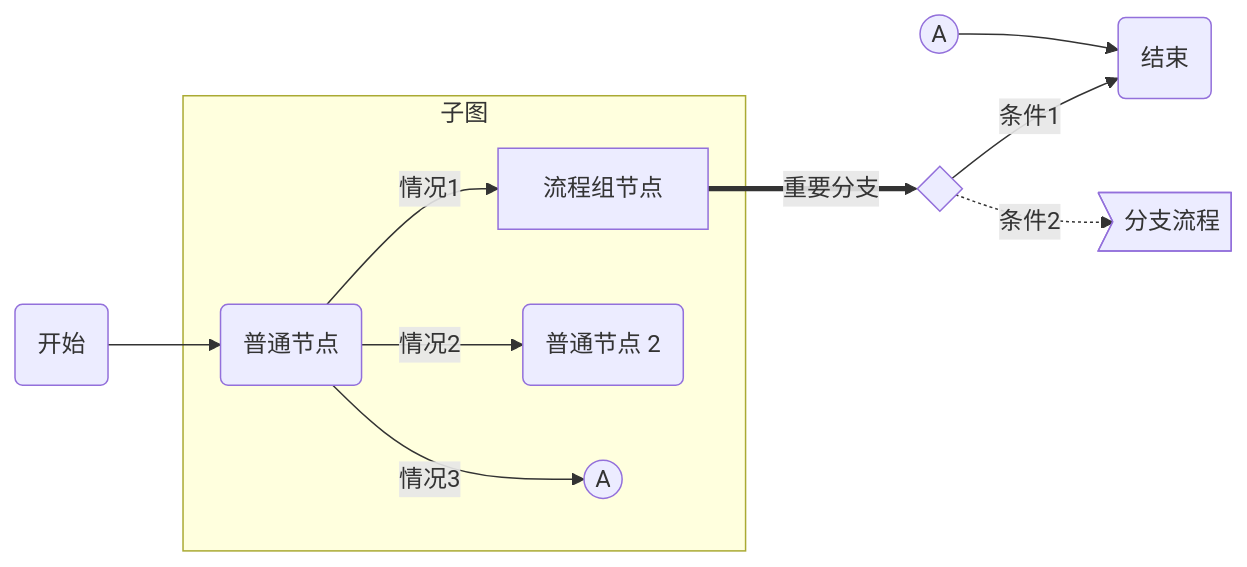
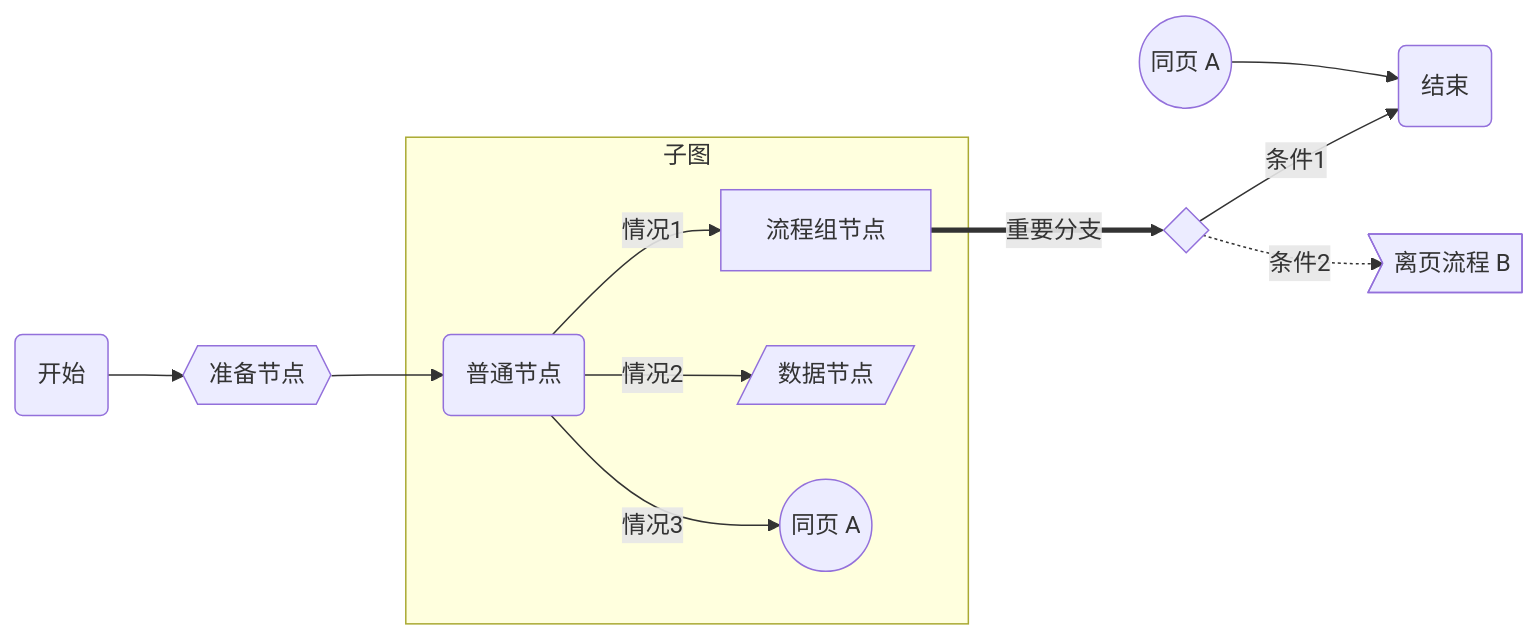
One commit to MadMaxChow/VLOOK changed the first of 5 diagrams in released/demo/guide.md. Above: the diagram before and after it, drawn with Mermaid. The commit also changed other lines of this file and 96 other files, not shown here.

````diff
--- a/released/demo/guide.md
+++ b/released/demo/guide.md
@@ -1672,19 +1999,23 @@
 ```mermaid
 graph LR
-START(开始) --> node1(普通节点)
+%% 图的方向说明
+%% LR：从左到图，RL：从右到左，TB：从上到下，BT：从下到上
+
+START(开始) --> hex1{{准备节点}}
+hex1 --> node1(普通节点)
 subgraph 子图
 	node1 --> |情况1|groud1[流程组节点]
-	node1 --> |情况2|clickable(普通节点 2)
+	node1 --> |情况2|data1[/数据节点/]
 	%% node1 --> |情况2|clickable(可点击查看状态图)
   %% click clickable "#Mermaid 的状态图"
-  node1 --> |情况3|A1((A))
+  node1 --> |情况3|A1((同页 A))
 end
 
 %% this is a comment
 
 groud1 ==> |重要分支|cond1{ }
 cond1 --> |条件1|END
-cond1 -.-> |条件2|page2>分支流程]
-A2((A)) --> END
+cond1 -.-> |条件2|page2>离页流程 B]
+A2((同页 A)) --> END
 END(结束)
 ```
````
